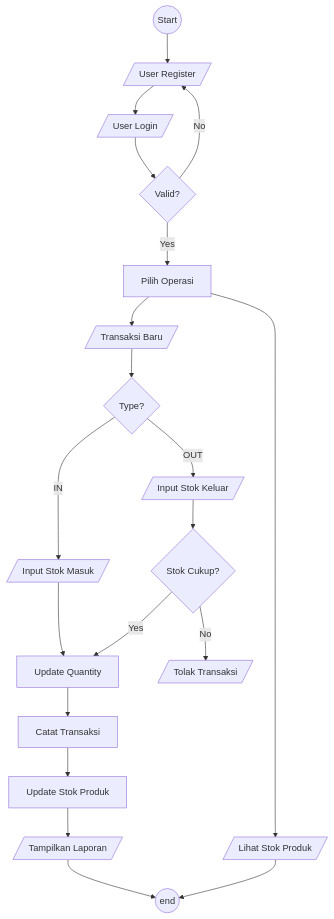
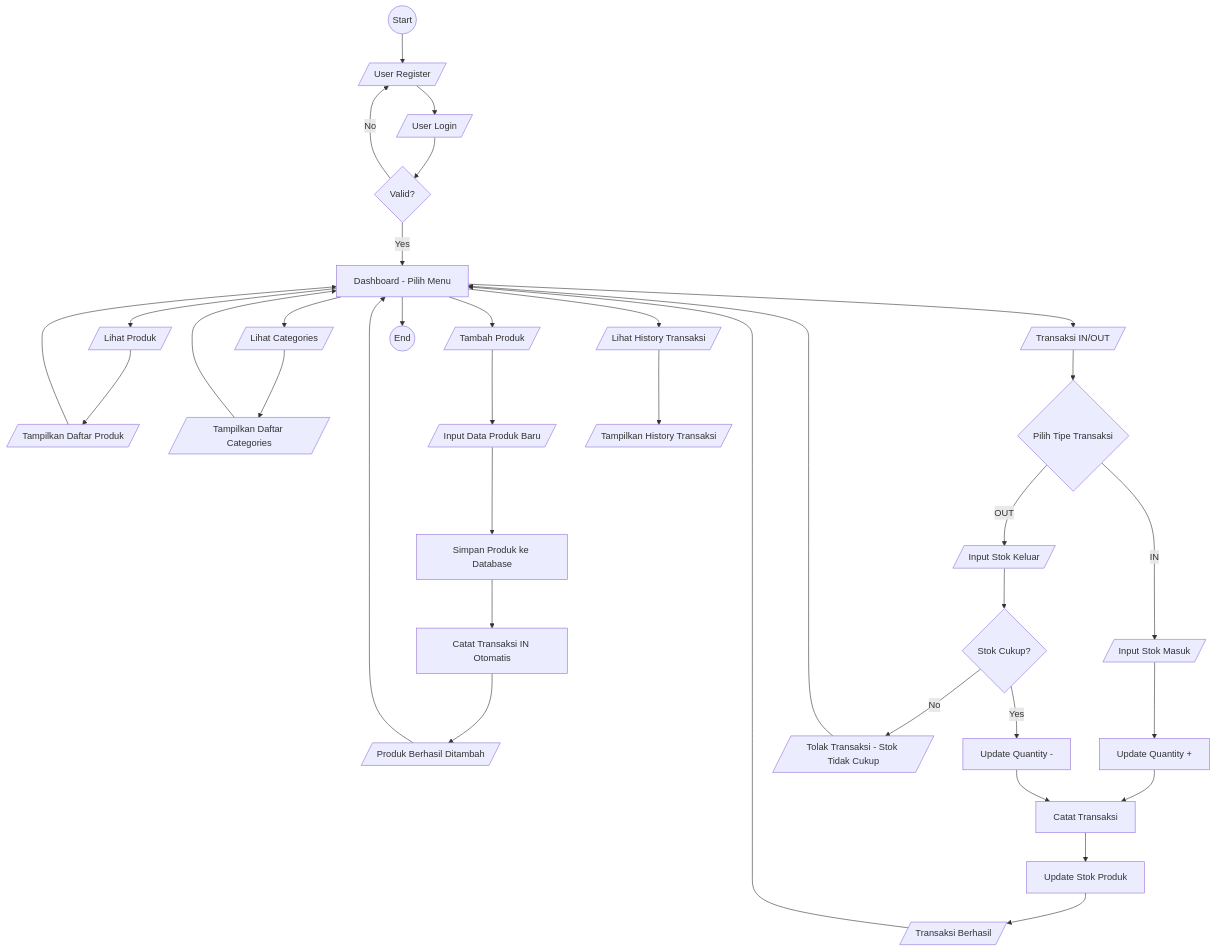
One commit to VsalCode/fgo24-final-phase-3 changed the first of 2 diagrams in README.md. Above: the diagram before and after it, drawn with Mermaid. The commit also changed other lines of this file, not shown here.

Commit message:
chore: update flowchart

````diff
--- a/README.md
+++ b/README.md
@@ -3,22 +3,46 @@
 ```mermaid
  flowchart TD
     A((Start)) --> R[/User Register/]
     R --> B[/User Login/]
     B --> C{Valid?}
     C -->|No| R
-    C -->|Yes| D[Pilih Operasi]
-    D --> E[/Lihat Stok Produk/]
-    D --> F[/Transaksi Baru/]
-    F --> G{Type?}
-    G -->|IN| H[/Input Stok Masuk/]
-    G -->|OUT| I[/Input Stok Keluar/]
-    H --> J[Update Quantity]
-    I --> K{Stok Cukup?}
-    K -->|No| L[/Tolak Transaksi/]
-    K -->|Yes| J
-    J --> M[Catat Transaksi]
-    M --> N[Update Stok Produk]
-    N --> O[/Tampilkan Laporan/]
-    O --> P((end))
-    E --> P
+    C -->|Yes| D[Dashboard - Pilih Menu]
+    
+    D --> E[/Lihat Produk/]
+    D --> F[/Lihat Categories/]
+    D --> G[/Tambah Produk/]
+    D --> H[/Transaksi IN/OUT/]
+    D --> I[/Lihat History Transaksi/]
+    
+    E --> E1[/Tampilkan Daftar Produk/]
+    E1 --> D
+    
+    F --> F1[/Tampilkan Daftar Categories/]
+    F1 --> D
+    
+    G --> G1[/Input Data Produk Baru/]
+    G1 --> G2[Simpan Produk ke Database]
+    G2 --> G3[Catat Transaksi IN Otomatis]
+    G3 --> G4[/Produk Berhasil Ditambah/]
+    G4 --> D
+    
+    H --> H1{Pilih Tipe Transaksi}
+    H1 -->|IN| H2[/Input Stok Masuk/]
+    H1 -->|OUT| H3[/Input Stok Keluar/]
+    
+    H2 --> H4[Update Quantity +]
+    H3 --> H5{Stok Cukup?}
+    H5 -->|No| H6[/Tolak Transaksi - Stok Tidak Cukup/]
+    H5 -->|Yes| H7[Update Quantity -]
+    
+    H4 --> H8[Catat Transaksi]
+    H7 --> H8
+    H8 --> H9[Update Stok Produk]
+    H9 --> H10[/Transaksi Berhasil/]
+    H10 --> D
+    H6 --> D
+    
+    I --> I1[/Tampilkan History Transaksi/]
+    
+    D --> Y((End))
 ```
````
